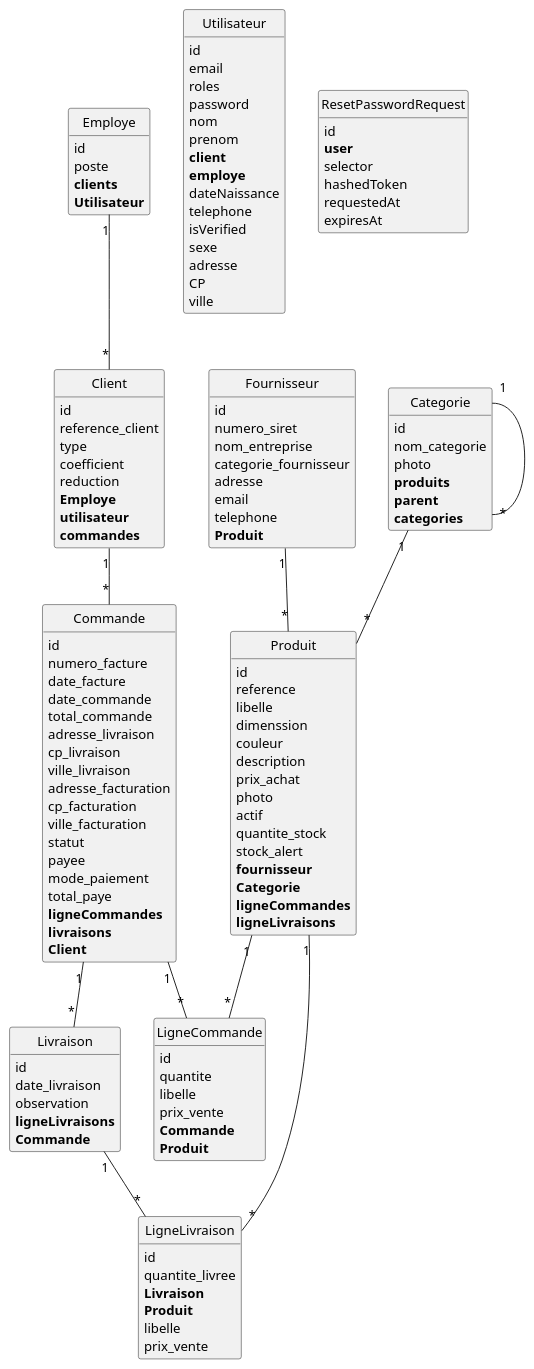
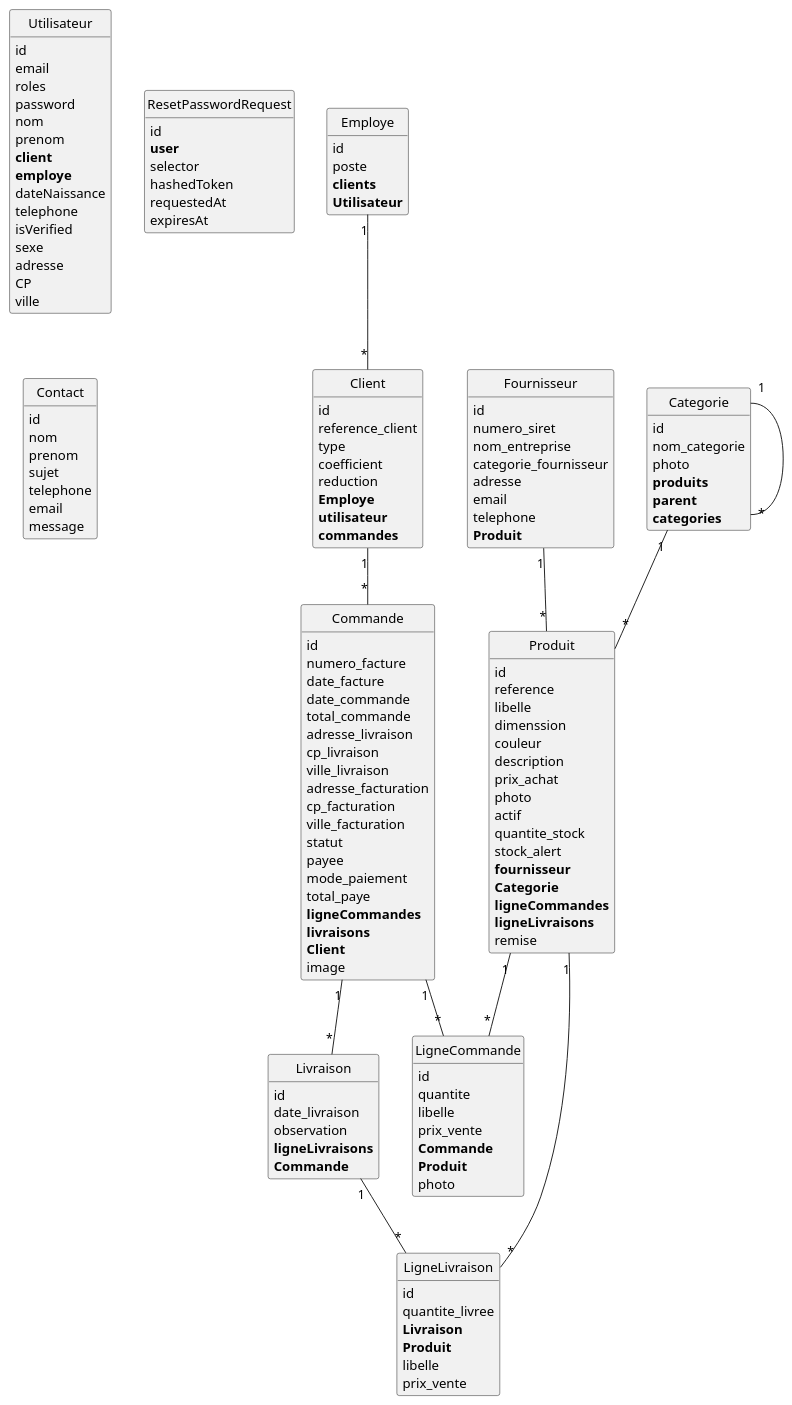
Before and after one commit to AMMOUCHI23/villageGreen: the diagram in puml/index.puml, drawn with PlantUML. The commit also changed 1 other file, not shown here.

```diff
--- a/puml/index.puml
+++ b/puml/index.puml
@@ -1,144 +1,157 @@
 class Livraison {
 	id
 	date_livraison
 	observation
 	**ligneLivraisons**
 	**Commande**
 }
 
 class Client {
 	id
 	reference_client
 	type
 	coefficient
 	reduction
 	**Employe**
 	**utilisateur**
 	**commandes**
 }
 
 class Fournisseur {
 	id
 	numero_siret
 	nom_entreprise
 	categorie_fournisseur
 	adresse
 	email
 	telephone
 	**Produit**
 }
 
 class LigneLivraison {
 	id
 	quantite_livree
 	**Livraison**
 	**Produit**
 	libelle
 	prix_vente
 }
 
 class Employe {
 	id
 	poste
 	**clients**
 	**Utilisateur**
 }
 
 class Utilisateur {
 	id
 	email
 	roles
 	password
 	nom
 	prenom
 	**client**
 	**employe**
 	dateNaissance
 	telephone
 	isVerified
 	sexe
 	adresse
 	CP
 	ville
 }
 
 class ResetPasswordRequest {
 	id
 	**user**
 	selector
 	hashedToken
 	requestedAt
 	expiresAt
 }
 
+class Contact {
+	id
+	nom
+	prenom
+	sujet
+	telephone
+	email
+	message
+}
+
 class Produit {
 	id
 	reference
 	libelle
 	dimenssion
 	couleur
 	description
 	prix_achat
 	photo
 	actif
 	quantite_stock
 	stock_alert
 	**fournisseur**
 	**Categorie**
 	**ligneCommandes**
 	**ligneLivraisons**
+	remise
 }
 
 class LigneCommande {
 	id
 	quantite
 	libelle
 	prix_vente
 	**Commande**
 	**Produit**
+	photo
 }
 
 class Commande {
 	id
 	numero_facture
 	date_facture
 	date_commande
 	total_commande
 	adresse_livraison
 	cp_livraison
 	ville_livraison
 	adresse_facturation
 	cp_facturation
 	ville_facturation
 	statut
 	payee
 	mode_paiement
 	total_paye
 	**ligneCommandes**
 	**livraisons**
 	**Client**
+	image
 }
 
 class Categorie {
 	id
 	nom_categorie
 	photo
 	**produits**
 	**parent**
 	**categories**
 }
 
 Livraison "1"--"*" LigneLivraison
 Client "1"--"*" Commande
 Fournisseur "1"--"*" Produit
 Employe "1"--"*" Client
 Produit "1"--"*" LigneCommande
 Produit "1"--"*" LigneLivraison
 Commande "1"--"*" LigneCommande
 Commande "1"--"*" Livraison
 Categorie "1"--"*" Produit
 Categorie "1"--"*" Categorie
 
 
 hide methods
 hide circle
```
